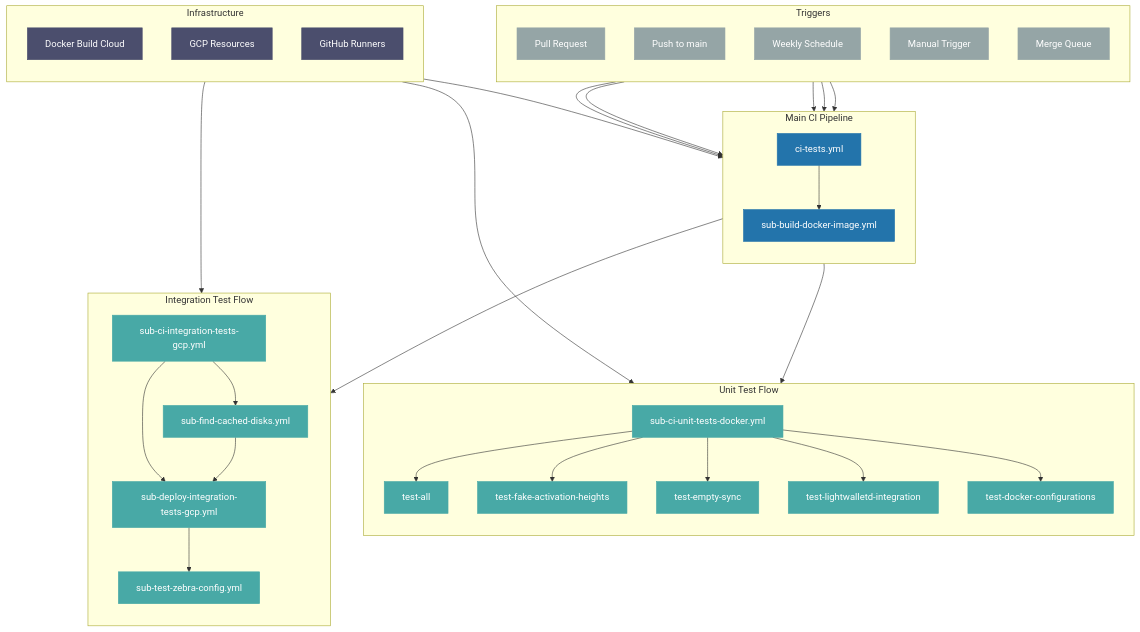
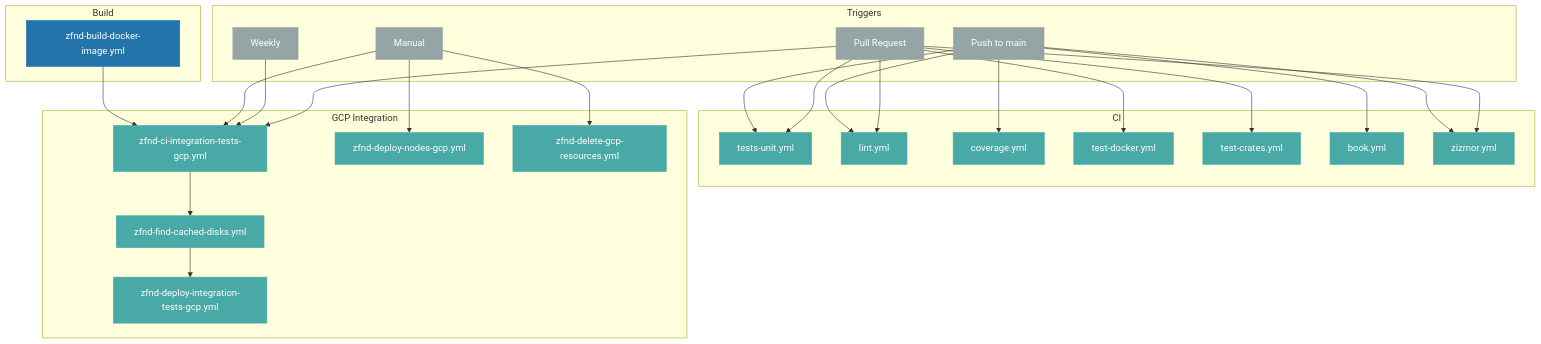
One commit to ZcashFoundation/zebra changed the diagram in .github/workflows/README.md. Above: the diagram before and after it, drawn with Mermaid. The commit also changed other lines of this file and 67 other files, not shown here.

````diff
--- a/.github/workflows/README.md
+++ b/.github/workflows/README.md
@@ -24,78 +24,51 @@
 ```mermaid
 graph TB
-    %% Define Triggers subgraph with parallel triggers
-    subgraph "Triggers"
-        direction TB
-        P[Pull Request] & Q[Push to main] & R[Weekly Schedule] & S[Manual Trigger] & T[Merge Queue]
-    end
+  %% Triggers
+  subgraph Triggers
+    PR[Pull Request] & Push[Push to main] & Schedule[Weekly] & Manual[Manual]
+  end
 
-    %% Main CI Pipeline with parallel flows after build
-    subgraph "Main CI Pipeline"
-        direction TB
-        A[ci-tests.yml]
-        B[sub-build-docker-image.yml]
-        A --> B
-    end
+  %% Reusable build
+  subgraph Build
+    BuildDocker[zfnd-build-docker-image.yml]
+  end
 
-    %% Infrastructure dependencies
-    subgraph "Infrastructure"
-        direction TB
-        M[Docker Build Cloud]
-        N[GCP Resources]
-        O[GitHub Runners]
-    end
+  %% CI workflows
+  subgraph CI
+    Unit[tests-unit.yml]
+    Lint[lint.yml]
+    Coverage[coverage.yml]
+    DockerCfg[test-docker.yml]
+    CrateBuild[test-crates.yml]
+    Docs[book.yml]
+    Security[zizmor.yml]
+  end
 
-    %% Unit Test Flow with parallel test execution
-    subgraph "Unit Test Flow"
-        direction TB
-        C[sub-ci-unit-tests-docker.yml]
-        H[test-all] & I[test-fake-activation-heights] & J[test-empty-sync] & K[test-lightwalletd-integration] & L[test-docker-configurations]
-        C --> H
-        C --> I
-        C --> J
-        C --> K
-        C --> L
-    end
+  %% Integration tests on GCP
+  subgraph GCP Integration
+    IT[zfnd-ci-integration-tests-gcp.yml]
+    FindDisks[zfnd-find-cached-disks.yml]
+    Deploy[zfnd-deploy-integration-tests-gcp.yml]
+    DeployNodes[zfnd-deploy-nodes-gcp.yml]
+    Cleanup[zfnd-delete-gcp-resources.yml]
+  end
 
-    %% Integration Test Flow with some parallel and some sequential steps
-    subgraph "Integration Test Flow"
-        direction TB
-        D[sub-ci-integration-tests-gcp.yml]
-        E[sub-find-cached-disks.yml]
-        F[sub-deploy-integration-tests-gcp.yml]
-        G[sub-test-zebra-config.yml]
-        D --> E
-        D --> F
-        E --> F
-        F --> G
-    end
+  %% Trigger wiring
+  PR --> Unit & Lint & DockerCfg & CrateBuild & IT & Security
+  Push --> Unit & Lint & Coverage & Docs & Security
+  Schedule --> IT
+  Manual --> IT & DeployNodes & Cleanup
 
-    %% Connect triggers to main pipeline
-    P --> A
-    Q --> A
-    R --> A
-    S --> A
-    T --> A
+  %% Build dependency
+  BuildDocker --> IT
+  IT --> FindDisks --> Deploy
 
-    %% Connect infrastructure to respective components
-    M --> B
-    N --> D
-    O --> C
-
-    %% Connect main pipeline to test flows
-    B --> C
-    B --> D
-
-    %% Style definitions
-    classDef primary fill:#2374ab,stroke:#2374ab,color:white
-    classDef secondary fill:#48a9a6,stroke:#48a9a6,color:white
-    classDef infra fill:#4b4e6d,stroke:#4b4e6d,color:white
-    classDef trigger fill:#95a5a6,stroke:#95a5a6,color:white
-
-    %% Apply styles
-    class A,B primary
-    class C,D,E,F,G secondary
-    class H,I,J,K,L secondary
-    class M,N,O infra
-    class P,Q,R,S,T trigger
+  %% Styling
+  classDef primary fill:#2374ab,stroke:#2374ab,color:white
+  classDef secondary fill:#48a9a6,stroke:#48a9a6,color:white
+  classDef trigger fill:#95a5a6,stroke:#95a5a6,color:white
+  class BuildDocker primary
+  class Unit,Lint,Coverage,DockerCfg,CrateBuild,Docs,Security secondary
+  class IT,FindDisks,Deploy,DeployNodes,Cleanup secondary
+  class PR,Push,Schedule,Manual trigger
 ```
````
